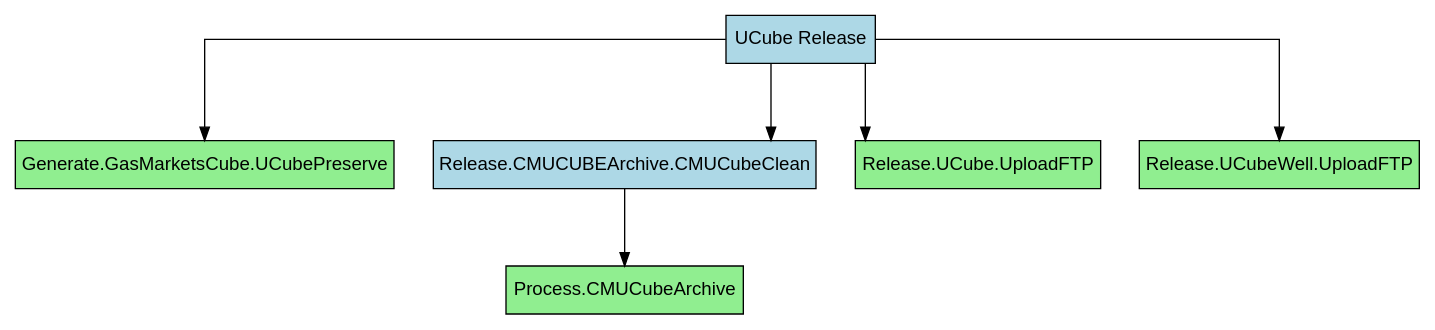
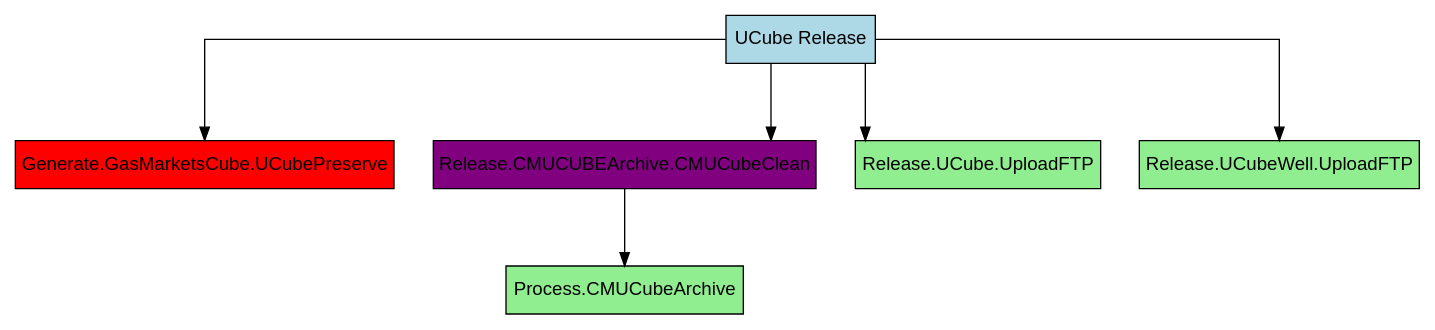
The diagram in diagrams/flow.dot (emmaborch/ucube-flowchart), drawn with Graphviz before and after one commit.

Commit message:
Update node colors in flow.dot
Changed fill colors for specific nodes in the flow diagram.

```diff
--- a/diagrams/flow.dot
+++ b/diagrams/flow.dot
@@ -1,16 +1,16 @@
 digraph UCube {    rankdir=TB;    splines=ortho;    nodesep=0.4;    ranksep=0.8;    node [fontname="Arial", style=filled, shape=box];  
   "Release.UCube" [label="UCube Release", fillcolor=lightblue];
-  "Generate.GasMarketsCube.UCubePreserve" [label="Generate.GasMarketsCube.UCubePreserve", fillcolor=lightgreen];
+  "Generate.GasMarketsCube.UCubePreserve" [label="Generate.GasMarketsCube.UCubePreserve", fillcolor=red];
   "Process.CMUCubeArchive" [label="Process.CMUCubeArchive", fillcolor=lightgreen];
-  "Release.CMUCUBEArchive.CMUCubeClean" [label="Release.CMUCUBEArchive.CMUCubeClean", fillcolor=lightblue];
+  "Release.CMUCUBEArchive.CMUCubeClean" [label="Release.CMUCUBEArchive.CMUCubeClean", fillcolor=purple];
   "Release.UCube.UploadFTP" [label="Release.UCube.UploadFTP", fillcolor=lightgreen];
   "Release.UCubeWell.UploadFTP" [label="Release.UCubeWell.UploadFTP", fillcolor=lightgreen];
   "Release.CMUCUBEArchive.CMUCubeClean" -> "Process.CMUCubeArchive";
   "Release.UCube" -> "Generate.GasMarketsCube.UCubePreserve";
   "Release.UCube" -> "Release.CMUCUBEArchive.CMUCubeClean";
   "Release.UCube" -> "Release.UCube.UploadFTP";
   "Release.UCube" -> "Release.UCubeWell.UploadFTP";
   { rank=same; "Release.UCube"; }
   { rank=same; "Generate.GasMarketsCube.UCubePreserve"; "Release.CMUCUBEArchive.CMUCubeClean"; "Release.UCube.UploadFTP"; "Release.UCubeWell.UploadFTP"; }
   { rank=same; "Process.CMUCubeArchive"; }
 }
```
